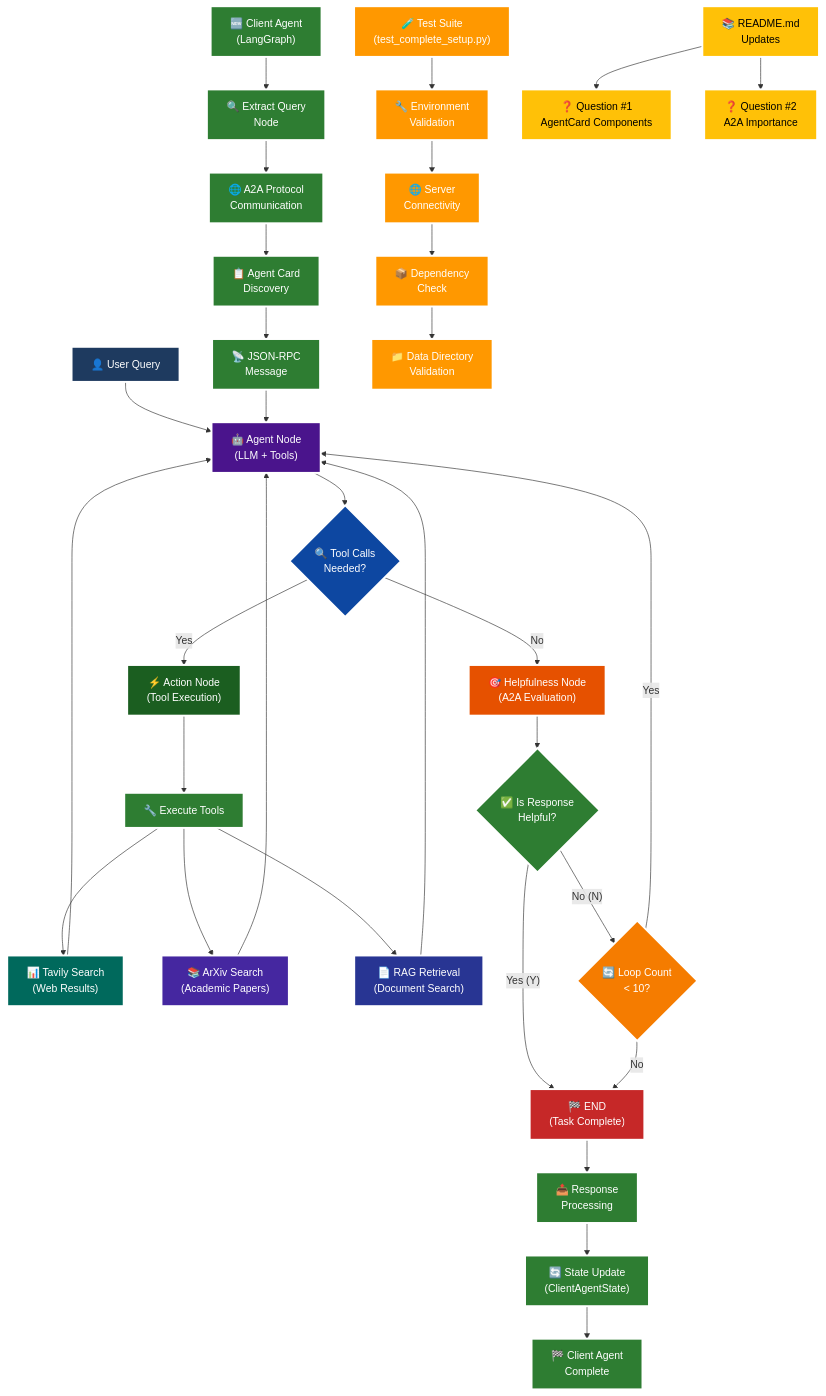
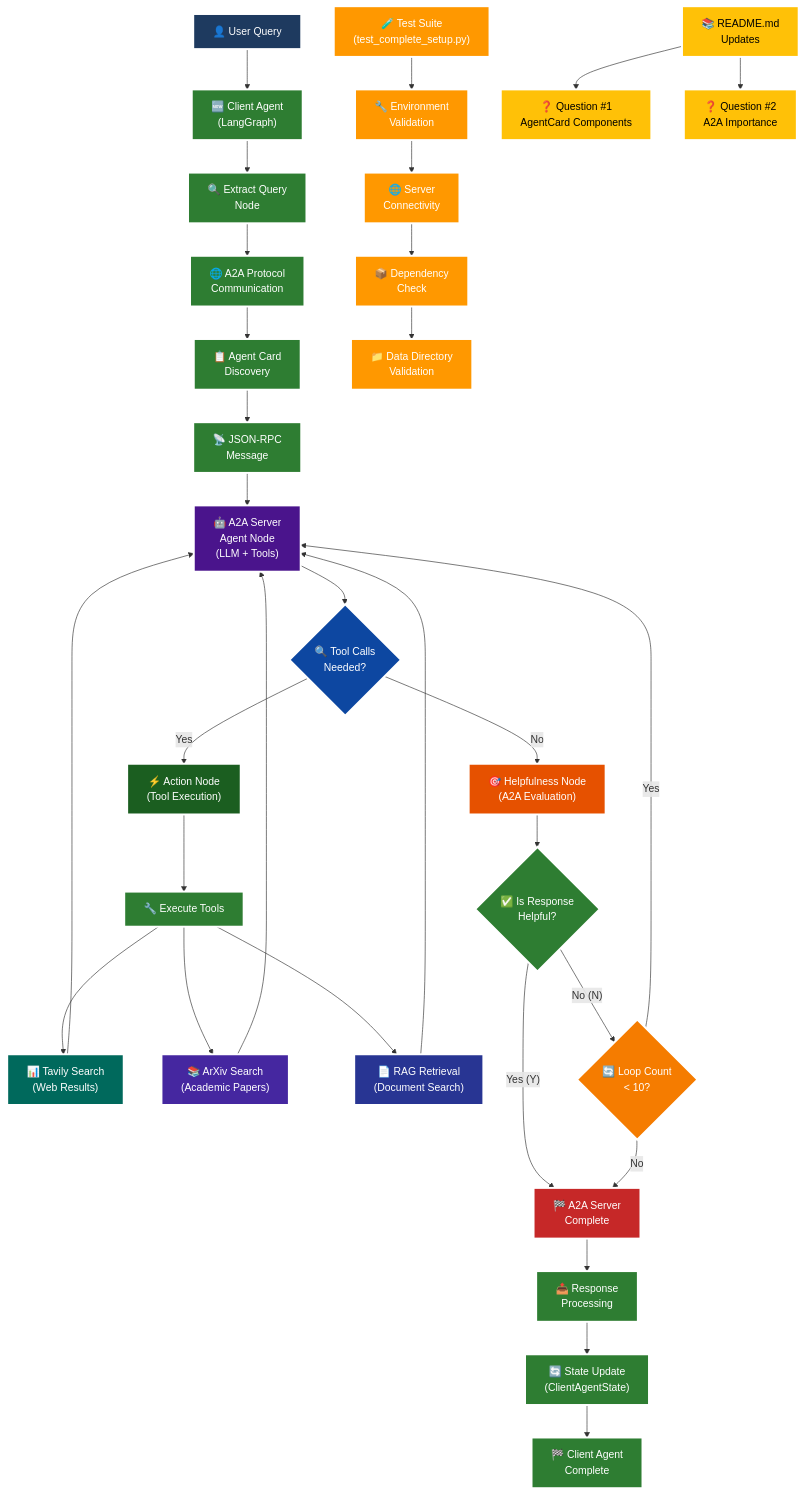
The diagram in 15_A2A_LangGraph/DEVELOPMENT_DIAGRAM.md (rchallapilla/AIE7), drawn with Mermaid before and after one commit. The commit also changed other lines of this file and 1 other file, not shown here.

Commit message:
Update documentation to use 'I' instead of 'we' and fix A2A flow diagram
- Updated DEVELOPMENT_DIAGRAM.md to use 'I' instead of 'we'/'our'
- Updated README.md to use 'I' instead of 'we'/'our'
- Fixed mermaid diagram to show correct information flow:
  - User Query → Client Agent → A2A Server → Response
  - Clarified that Client Agent acts as bridge between user and A2A Server
  - Made it clear that user interacts with Client Agent, not directly with A2A Server
- Improved diagram readability and accuracy

````diff
--- a/15_A2A_LangGraph/DEVELOPMENT_DIAGRAM.md
+++ b/15_A2A_LangGraph/DEVELOPMENT_DIAGRAM.md
@@ -7,76 +7,78 @@
 ```mermaid
 graph TD
-    %% Original A2A Protocol Flow (Blue/Purple nodes)
-    A["👤 User Query"] --> B["🤖 Agent Node<br/>(LLM + Tools)"]
+    %% User Input and Client Agent Flow (Green nodes)
+    A["👤 User Query"] --> M["🆕 Client Agent<br/>(LangGraph)"]
+    M --> N["🔍 Extract Query<br/>Node"]
+    N --> O["🌐 A2A Protocol<br/>Communication"]
+    O --> P["📋 Agent Card<br/>Discovery"]
+    P --> Q["📡 JSON-RPC<br/>Message"]
+    
+    %% A2A Server Flow (Blue/Purple nodes)
+    Q --> B["🤖 A2A Server<br/>Agent Node<br/>(LLM + Tools)"]
     B --> C{"🔍 Tool Calls<br/>Needed?"}
     C -->|"Yes"| D["⚡ Action Node<br/>(Tool Execution)"]
     C -->|"No"| E["🎯 Helpfulness Node<br/>(A2A Evaluation)"]
     D --> F["🔧 Execute Tools"]
     F --> G["📊 Tavily Search<br/>(Web Results)"]
     F --> H["📚 ArXiv Search<br/>(Academic Papers)"]  
     F --> I["📄 RAG Retrieval<br/>(Document Search)"]
     G --> B
     H --> B
     I --> B
     E --> J{"✅ Is Response<br/>Helpful?"}
-    J -->|"Yes (Y)"| K["🏁 END<br/>(Task Complete)"]
+    J -->|"Yes (Y)"| K["🏁 A2A Server<br/>Complete"]
     J -->|"No (N)"| L{"🔄 Loop Count<br/>< 10?"}
     L -->|"Yes"| B
     L -->|"No"| K
     
-    %% NEW DEVELOPMENT WORK (Green nodes) - Activity #1
-    M["🆕 Client Agent<br/>(LangGraph)"] --> N["🔍 Extract Query<br/>Node"]
-    N --> O["🌐 A2A Protocol<br/>Communication"]
-    O --> P["📋 Agent Card<br/>Discovery"]
-    P --> Q["📡 JSON-RPC<br/>Message"]
-    Q --> B
+    %% Response Flow Back to Client Agent
     K --> R["📤 Response<br/>Processing"]
     R --> S["🔄 State Update<br/>(ClientAgentState)"]
     S --> T["🏁 Client Agent<br/>Complete"]
     
     %% Testing Infrastructure (Orange nodes)
     U["🧪 Test Suite<br/>(test_complete_setup.py)"] --> V["🔧 Environment<br/>Validation"]
     V --> W["🌐 Server<br/>Connectivity"]
     W --> X["📦 Dependency<br/>Check"]
     X --> Y["📁 Data Directory<br/>Validation"]
     
     %% Documentation (Yellow nodes)
     Z["📚 README.md<br/>Updates"] --> AA["❓ Question #1<br/>AgentCard Components"]
     Z --> BB["❓ Question #2<br/>A2A Importance"]
     
     %% Styling - Original components (Blue/Purple)
     style A fill:#1e3a5f,stroke:#ffffff,stroke-width:3px,color:#ffffff
     style B fill:#4a148c,stroke:#ffffff,stroke-width:3px,color:#ffffff
     style C fill:#0d47a1,stroke:#ffffff,stroke-width:3px,color:#ffffff
     style D fill:#1b5e20,stroke:#ffffff,stroke-width:3px,color:#ffffff
     style E fill:#e65100,stroke:#ffffff,stroke-width:3px,color:#ffffff
     style F fill:#2e7d32,stroke:#ffffff,stroke-width:3px,color:#ffffff
     style G fill:#00695c,stroke:#ffffff,stroke-width:3px,color:#ffffff
     style H fill:#4527a0,stroke:#ffffff,stroke-width:3px,color:#ffffff
     style I fill:#283593,stroke:#ffffff,stroke-width:3px,color:#ffffff
     style J fill:#2e7d32,stroke:#ffffff,stroke-width:3px,color:#ffffff
     style K fill:#c62828,stroke:#ffffff,stroke-width:3px,color:#ffffff
     style L fill:#f57c00,stroke:#ffffff,stroke-width:3px,color:#ffffff
     
     %% NEW DEVELOPMENT WORK (Green nodes)
     style M fill:#2e7d32,stroke:#ffffff,stroke-width:3px,color:#ffffff
     style N fill:#2e7d32,stroke:#ffffff,stroke-width:3px,color:#ffffff
     style O fill:#2e7d32,stroke:#ffffff,stroke-width:3px,color:#ffffff
     style P fill:#2e7d32,stroke:#ffffff,stroke-width:3px,color:#ffffff
     style Q fill:#2e7d32,stroke:#ffffff,stroke-width:3px,color:#ffffff
     style R fill:#2e7d32,stroke:#ffffff,stroke-width:3px,color:#ffffff
     style S fill:#2e7d32,stroke:#ffffff,stroke-width:3px,color:#ffffff
     style T fill:#2e7d32,stroke:#ffffff,stroke-width:3px,color:#ffffff
     
     %% Testing Infrastructure (Orange nodes)
     style U fill:#ff9800,stroke:#ffffff,stroke-width:3px,color:#ffffff
     style V fill:#ff9800,stroke:#ffffff,stroke-width:3px,color:#ffffff
     style W fill:#ff9800,stroke:#ffffff,stroke-width:3px,color:#ffffff
     style X fill:#ff9800,stroke:#ffffff,stroke-width:3px,color:#ffffff
     style Y fill:#ff9800,stroke:#ffffff,stroke-width:3px,color:#ffffff
     
     %% Documentation (Yellow nodes)
     style Z fill:#ffc107,stroke:#ffffff,stroke-width:3px,color:#000000
     style AA fill:#ffc107,stroke:#ffffff,stroke-width:3px,color:#000000
     style BB fill:#ffc107,stroke:#ffffff,stroke-width:3px,color:#000000
 ```
````
